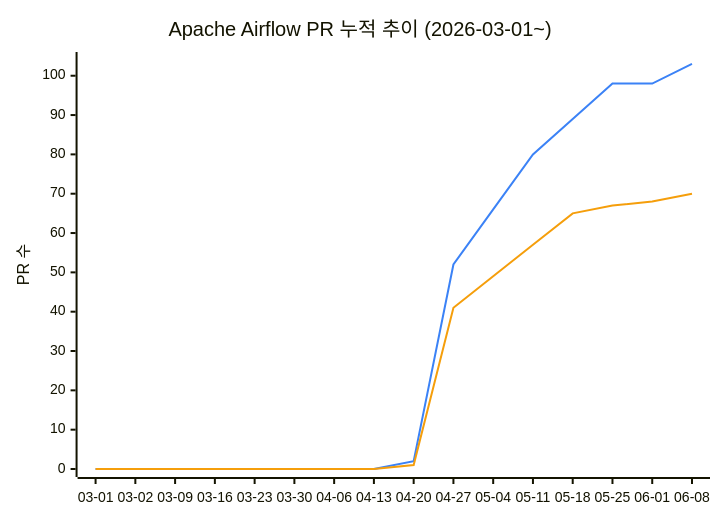
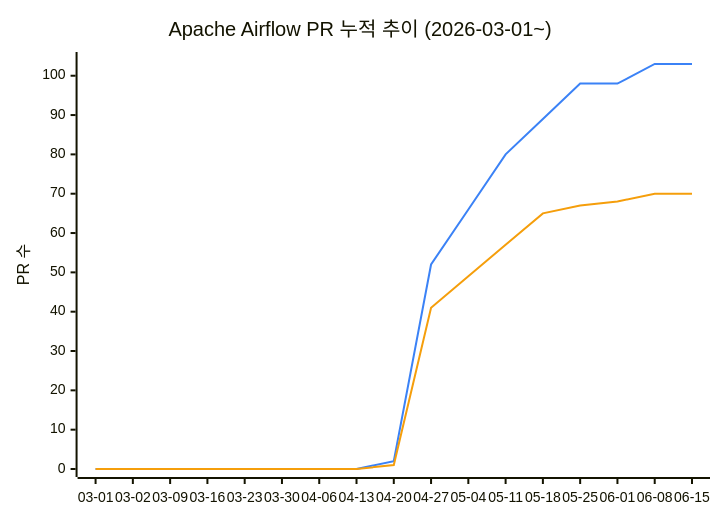
One commit to AirflowKorea/ossca changed the diagram in README.md. Above: the diagram before and after it, drawn with Mermaid. The commit also changed other lines of this file, not shown here.

Commit message:
chore: update PR stats (2026-06-15 23:06 UTC)

````diff
--- a/README.md
+++ b/README.md
@@ -11,9 +11,9 @@
 ```mermaid
 %%{init: {"themeVariables": {"xyChart": {"plotColorPalette": "#3b82f6, #f59e0b"}}}}%%
 xychart-beta
     title "Apache Airflow PR 누적 추이 (2026-03-01~)"
-    x-axis ["03-01", "03-02", "03-09", "03-16", "03-23", "03-30", "04-06", "04-13", "04-20", "04-27", "05-04", "05-11", "05-18", "05-25", "06-01", "06-08"]
+    x-axis ["03-01", "03-02", "03-09", "03-16", "03-23", "03-30", "04-06", "04-13", "04-20", "04-27", "05-04", "05-11", "05-18", "05-25", "06-01", "06-08", "06-15"]
     y-axis "PR 수" 0 --> 104
-    line [0, 0, 0, 0, 0, 0, 0, 0, 2, 52, 66, 80, 89, 98, 98, 103]
-    line [0, 0, 0, 0, 0, 0, 0, 0, 1, 41, 49, 57, 65, 67, 68, 70]
+    line [0, 0, 0, 0, 0, 0, 0, 0, 2, 52, 66, 80, 89, 98, 98, 103, 103]
+    line [0, 0, 0, 0, 0, 0, 0, 0, 1, 41, 49, 57, 65, 67, 68, 70, 70]
 ```
````
